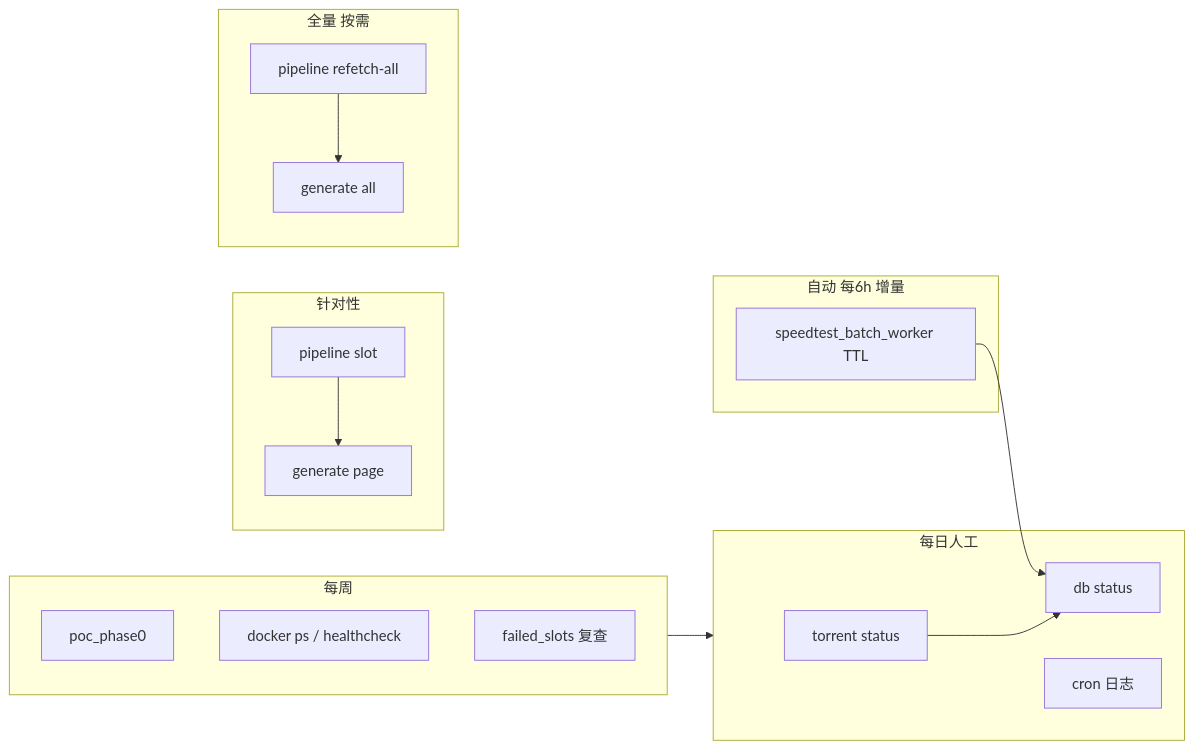
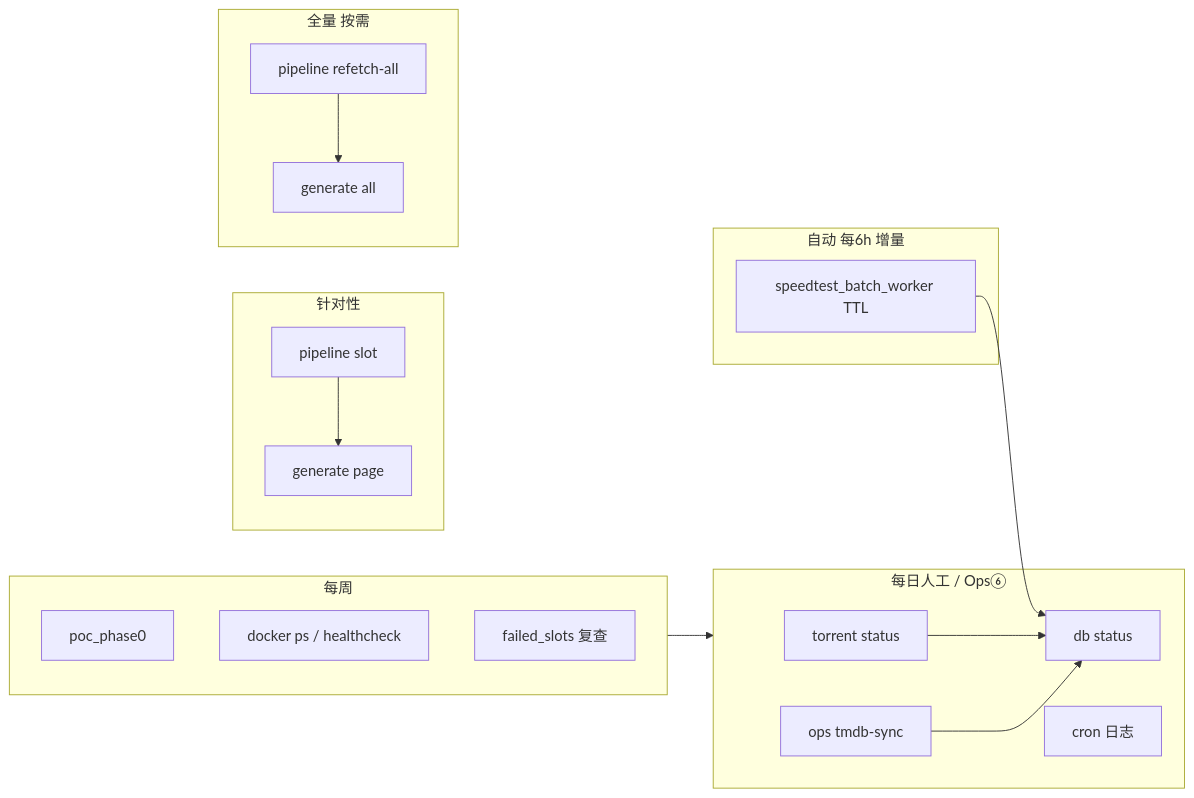
The third of 4 diagrams in releasematch/docs/12-日常运营执行手册.md (matthewxu/releasematch), drawn with Mermaid before and after one commit. The commit also changed other lines of this file and 10 other files, not shown here.

````diff
--- a/releasematch/docs/12-日常运营执行手册.md
+++ b/releasematch/docs/12-日常运营执行手册.md
@@ -497,29 +499,31 @@
 ```mermaid
 flowchart LR
     subgraph auto [自动 每6h 增量]
         CRON[speedtest_batch_worker TTL]
     end
-    subgraph daily [每日人工]
+    subgraph daily [每日人工 / Ops⑥]
         ST[torrent status]
         DB[db status]
+        TMDB[ops tmdb-sync]
         LOG[cron 日志]
     end
     subgraph weekly [每周]
         POC[poc_phase0]
         VPS[docker ps / healthcheck]
         FAIL[failed_slots 复查]
     end
     subgraph targeted [针对性]
         SLOT[pipeline slot]
         PAGE[generate page]
     end
     subgraph full [全量 按需]
         REF[pipeline refetch-all]
         ALL[generate all]
     end
     CRON --> DB
     ST --> DB
+    TMDB --> DB
     weekly --> daily
     SLOT --> PAGE
     REF --> ALL
 ```
````
